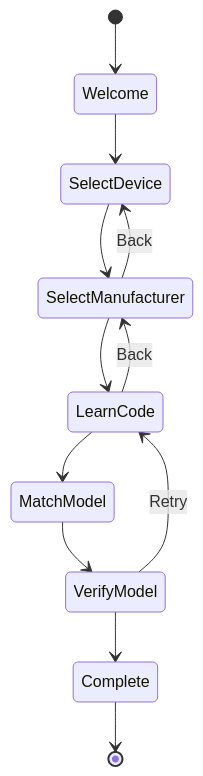
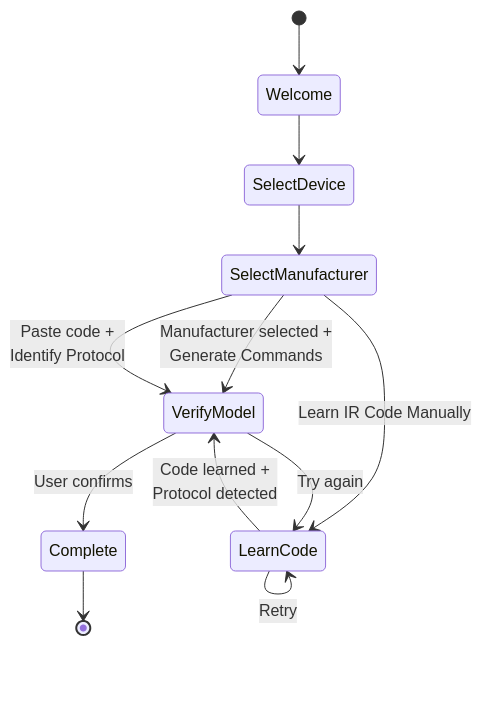
One commit to lastmyle/hubitat-tuya-zigbee-ir changed the second of 8 diagrams in ARCHITECTURE.md. Above: the diagram before and after it, drawn with Mermaid. The commit also changed other lines of this file and 2 other files, not shown here.

First line of the commit message:
docs: rewrite README, ARCHITECTURE, and SECURITY documentation

````diff
--- a/ARCHITECTURE.md
+++ b/ARCHITECTURE.md
@@ -77,15 +69,18 @@
 ```mermaid
 stateDiagram-v2
     [*] --> Welcome
     Welcome --> SelectDevice
     SelectDevice --> SelectManufacturer
-    SelectManufacturer --> LearnCode
-    LearnCode --> MatchModel
-    MatchModel --> VerifyModel
-    VerifyModel --> Complete
-    VerifyModel --> LearnCode: Retry
+
+    SelectManufacturer --> VerifyModel: Manufacturer selected +<br/>Generate Commands
+    SelectManufacturer --> LearnCode: Learn IR Code Manually
+    SelectManufacturer --> VerifyModel: Paste code +<br/>Identify Protocol
+
+    LearnCode --> VerifyModel: Code learned +<br/>Protocol detected
+    LearnCode --> LearnCode: Retry
+
+    VerifyModel --> Complete: User confirms
+    VerifyModel --> LearnCode: Try again
+
     Complete --> [*]
-
-    SelectManufacturer --> SelectDevice: Back
-    LearnCode --> SelectManufacturer: Back
 ```
````
